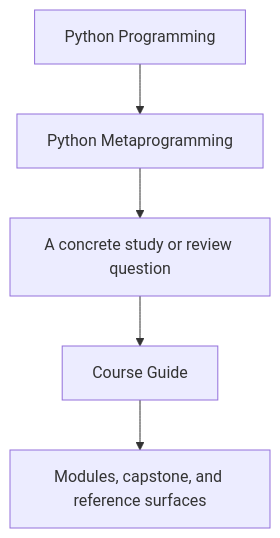
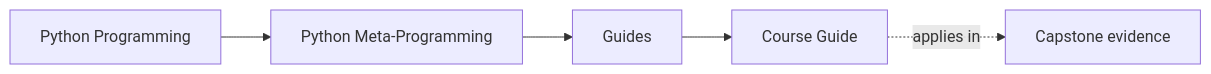
The first of 2 diagrams in programs/python-programming/python-meta-programming/course-book/guides/course-guide.md (bijux/bijux-masterclass), drawn with Mermaid before and after one commit. The commit also changed other lines of this file and 55 other files, not shown here.

Commit message:
docs(python-meta-programming): map runtime foundations and inspection routes

````diff
--- a/programs/python-programming/python-meta-programming/course-book/guides/course-guide.md
+++ b/programs/python-programming/python-meta-programming/course-book/guides/course-guide.md
@@ -6,7 +6,11 @@
 ```mermaid
-flowchart TD
-  family["Python Programming"] --> program["Python Metaprogramming"]
-  program --> pressure["A concrete study or review question"]
-  pressure --> guide["Course Guide"]
-  guide --> next["Modules, capstone, and reference surfaces"]
+graph LR
+  family["Python Programming"]
+  program["Python Meta-Programming"]
+  section["Guides"]
+  page["Course Guide"]
+  capstone["Capstone evidence"]
+
+  family --> program --> section --> page
+  page -.applies in.-> capstone
 ```
````
